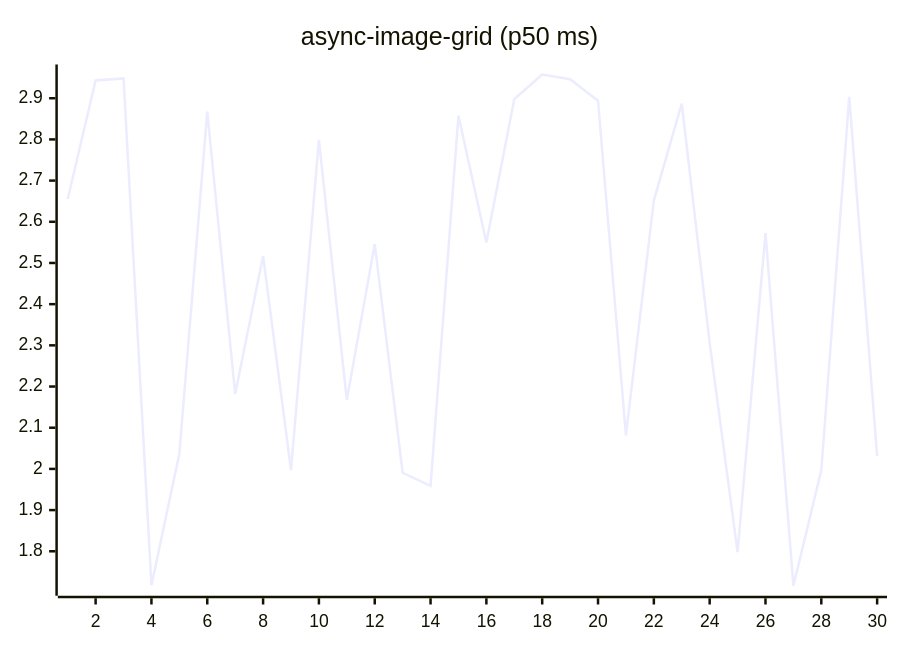
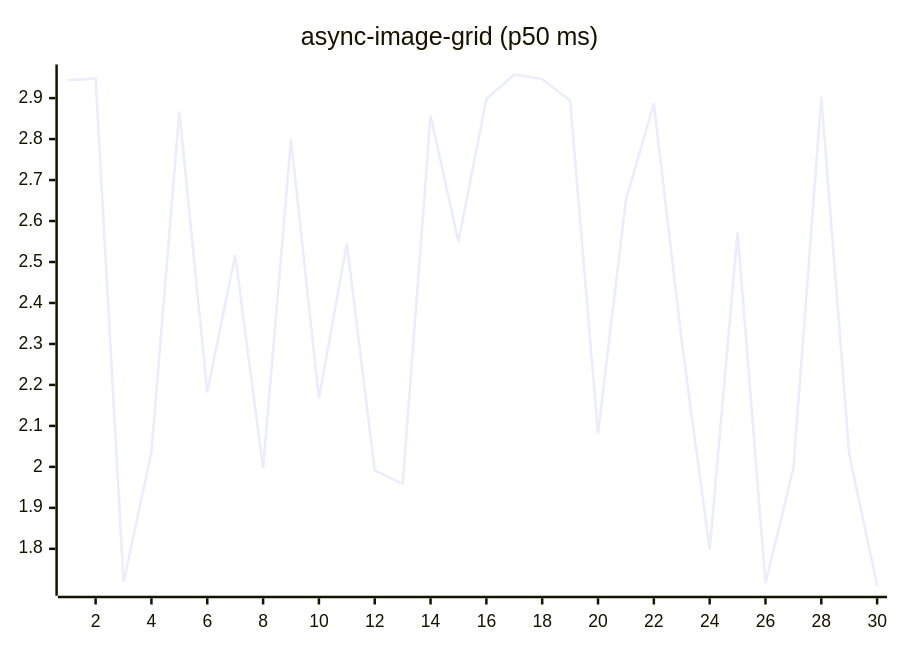
One commit to josha/Facet changed the fifth of 27 diagrams in README.md. Above: the diagram before and after it, drawn with Mermaid. The commit also changed other lines of this file and 2 other files, not shown here.

````diff
--- a/README.md
+++ b/README.md
@@ -91,6 +91,6 @@
 ```mermaid
 xychart-beta
     title "async-image-grid (p50 ms)"
     x-axis 1 --> 30
-    line [2.6552, 2.9433, 2.9481, 1.7177, 2.0365, 2.8674, 2.1819, 2.5171, 1.9970, 2.7988, 2.1671, 2.5459, 1.9906, 1.9586, 2.8577, 2.5497, 2.8980, 2.9576, 2.9463, 2.8940, 2.0815, 2.6515, 2.8871, 2.3060, 1.7979, 2.5726, 1.7163, 1.9964, 2.9032, 2.0307]
+    line [2.9433, 2.9481, 1.7177, 2.0365, 2.8674, 2.1819, 2.5171, 1.9970, 2.7988, 2.1671, 2.5459, 1.9906, 1.9586, 2.8577, 2.5497, 2.8980, 2.9576, 2.9463, 2.8940, 2.0815, 2.6515, 2.8871, 2.3060, 1.7979, 2.5726, 1.7163, 1.9964, 2.9032, 2.0307, 1.7099]
 ```
````
